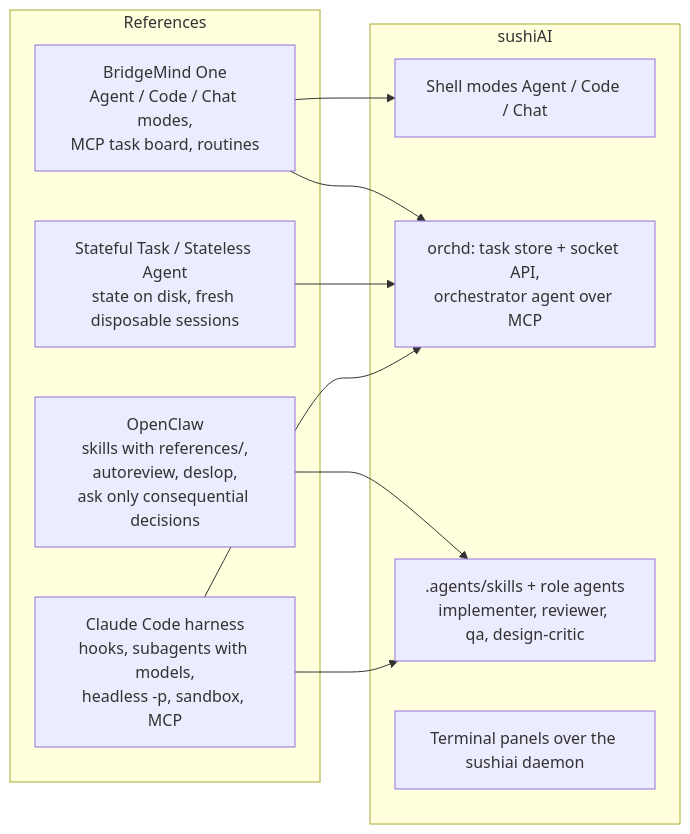
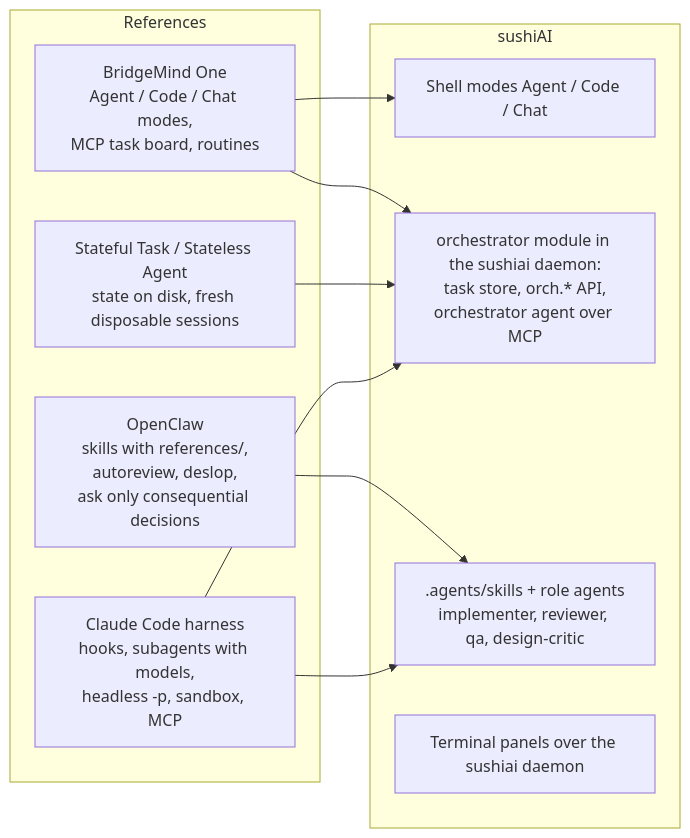
One commit to sushi-killer/sushiAI changed the sixth of 6 diagrams in docs/architecture.md. Above: the diagram before and after it, drawn with Mermaid. The commit also changed other lines of this file and 17 other files, not shown here.

````diff
--- a/docs/architecture.md
+++ b/docs/architecture.md
@@ -342,21 +342,21 @@
 ```mermaid
 flowchart LR
   subgraph refs["References"]
     bm["BridgeMind One<br/>Agent / Code / Chat modes,<br/>MCP task board, routines"]
     oc["OpenClaw<br/>skills with references/,<br/>autoreview, deslop,<br/>ask only consequential decisions"]
     stsa["Stateful Task / Stateless Agent<br/>state on disk, fresh disposable sessions"]
     cc["Claude Code harness<br/>hooks, subagents with models,<br/>headless -p, sandbox, MCP"]
   end
   subgraph ours["sushiAI"]
     modes["Shell modes Agent / Code / Chat"]
-    orchdN["orchd: task store + socket API,<br/>orchestrator agent over MCP"]
+    orchdN["orchestrator module in the sushiai daemon:<br/>task store, orch.* API,<br/>orchestrator agent over MCP"]
     skills[".agents/skills + role agents<br/>implementer, reviewer, qa, design-critic"]
     sessions["Terminal panels over the sushiai daemon"]
   end
   bm --> modes
   bm --> orchdN
   stsa --> orchdN
   cc --> orchdN
   oc --> skills
   cc --> skills
 ```
````
